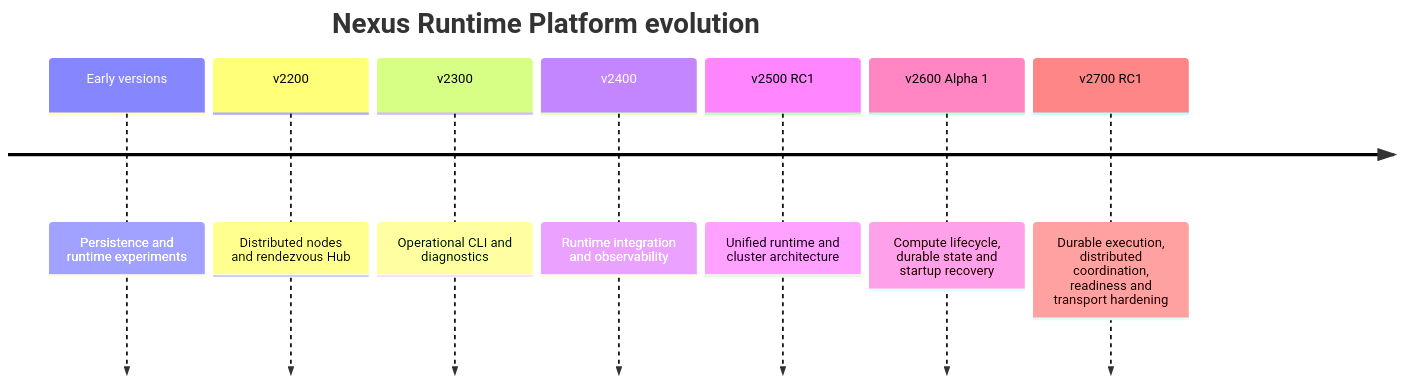
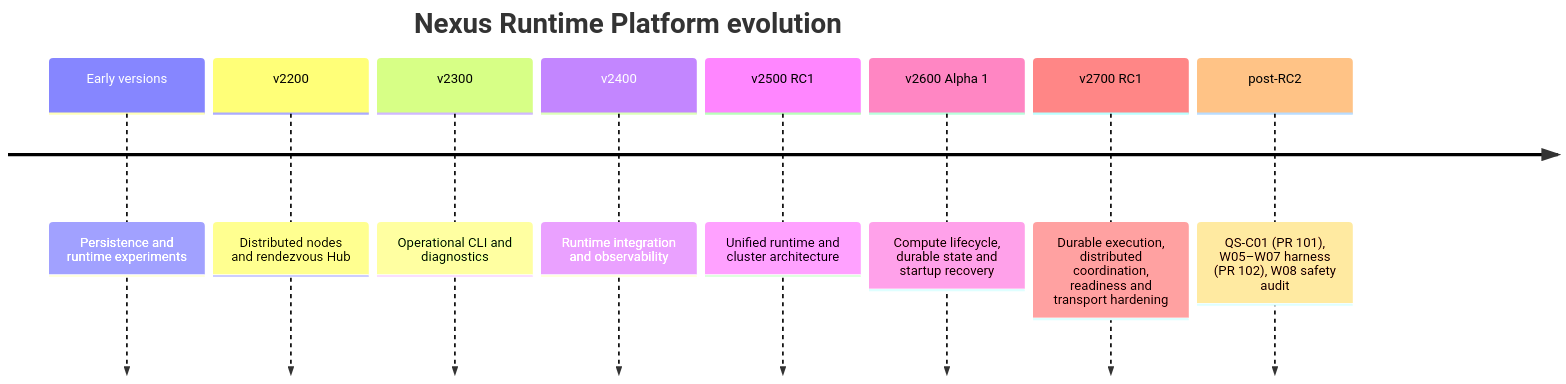
One commit to gutembergpb27/Termux-nexus changed the second of 2 diagrams in README.md. Above: the diagram before and after it, drawn with Mermaid. The commit also changed other lines of this file and 5 other files, not shown here.

First line of the commit message:
docs(v2700): record W08-A consensus safety audit and post-RC2 status

````diff
--- a/README.md
+++ b/README.md
@@ -360,11 +403,12 @@
 ```mermaid
 timeline
     title Nexus Runtime Platform evolution
     Early versions : Persistence and runtime experiments
     v2200 : Distributed nodes and rendezvous Hub
     v2300 : Operational CLI and diagnostics
     v2400 : Runtime integration and observability
     v2500 RC1 : Unified runtime and cluster architecture
     v2600 Alpha 1 : Compute lifecycle, durable state and startup recovery
     v2700 RC1 : Durable execution, distributed coordination, readiness and transport hardening
+    post-RC2 : QS-C01 (PR 101), W05–W07 harness (PR 102), W08 safety audit
 ```
````
